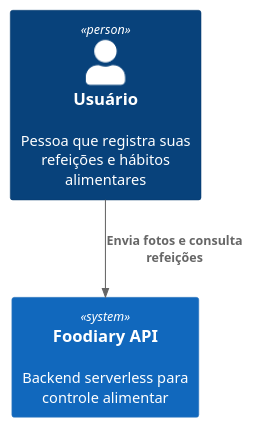
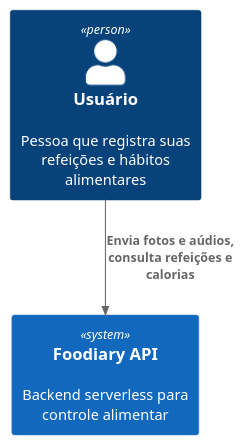
The diagram in api/docs/architecture/context.puml (ThalitaCesar/app-foodiary), drawn with PlantUML before and after one commit.

```diff
--- a/api/docs/architecture/context.puml
+++ b/api/docs/architecture/context.puml
@@ -1,9 +1,9 @@
 @startuml C4_Context
 !includeurl https://raw.githubusercontent.com/plantuml-stdlib/C4-PlantUML/master/C4_Context.puml
 
 Person(user, "Usuário", "Pessoa que registra suas refeições e hábitos alimentares")
 System(foodiary, "Foodiary API", "Backend serverless para controle alimentar")
 
-Rel(user, foodiary, "Envia fotos e consulta refeições")
+Rel(user, foodiary, "Envia fotos e aúdios, consulta refeições e calorias")
 
 @enduml
```
